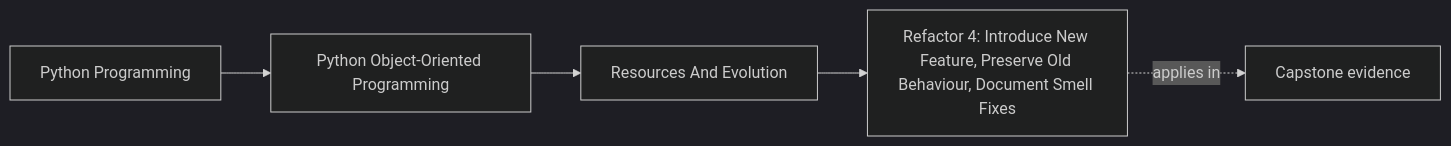
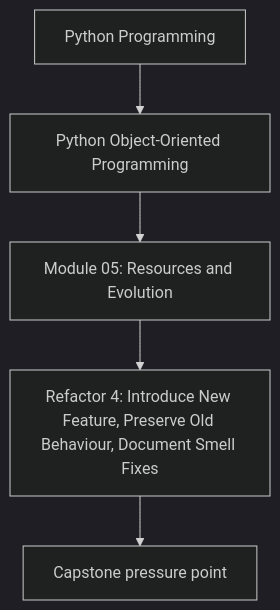
The first of 2 diagrams in programs/python-programming/python-object-oriented-programming/course-book/module-05-resources-and-evolution/refactor-new-feature-without-breaking-behavior.md (bijux/bijux-masterclass), drawn with Mermaid (dark theme) before and after one commit. The commit also changed other lines of this file and 107 other files, not shown here.

Commit message:
docs(python-object-oriented-programming): align concept page diagrams

````diff
--- a/programs/python-programming/python-object-oriented-programming/course-book/module-05-resources-and-evolution/refactor-new-feature-without-breaking-behavior.md
+++ b/programs/python-programming/python-object-oriented-programming/course-book/module-05-resources-and-evolution/refactor-new-feature-without-breaking-behavior.md
@@ -7,11 +7,7 @@
 ```mermaid
-graph LR
-  family["Python Programming"]
-  program["Python Object-Oriented Programming"]
-  section["Resources And Evolution"]
-  page["Refactor 4: Introduce New Feature, Preserve Old Behaviour, Document Smell Fixes"]
-  capstone["Capstone evidence"]
-
-  family --> program --> section --> page
-  page -.applies in.-> capstone
+flowchart TD
+  family["Python Programming"] --> program["Python Object-Oriented Programming"]
+  program --> module["Module 05: Resources and Evolution"]
+  module --> concept["Refactor 4: Introduce New Feature, Preserve Old Behaviour, Document Smell Fixes"]
+  concept --> capstone["Capstone pressure point"]
 ```
````
